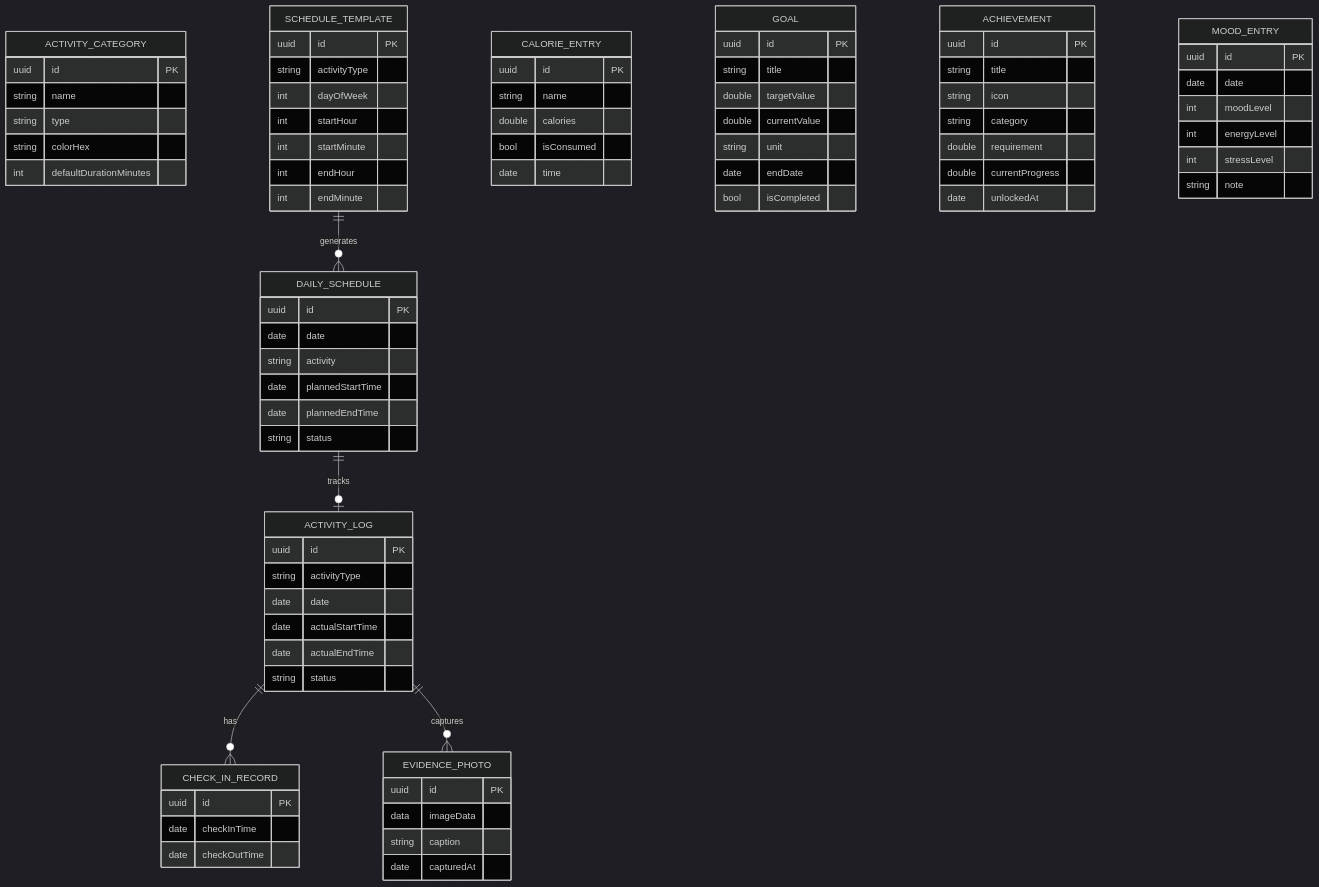
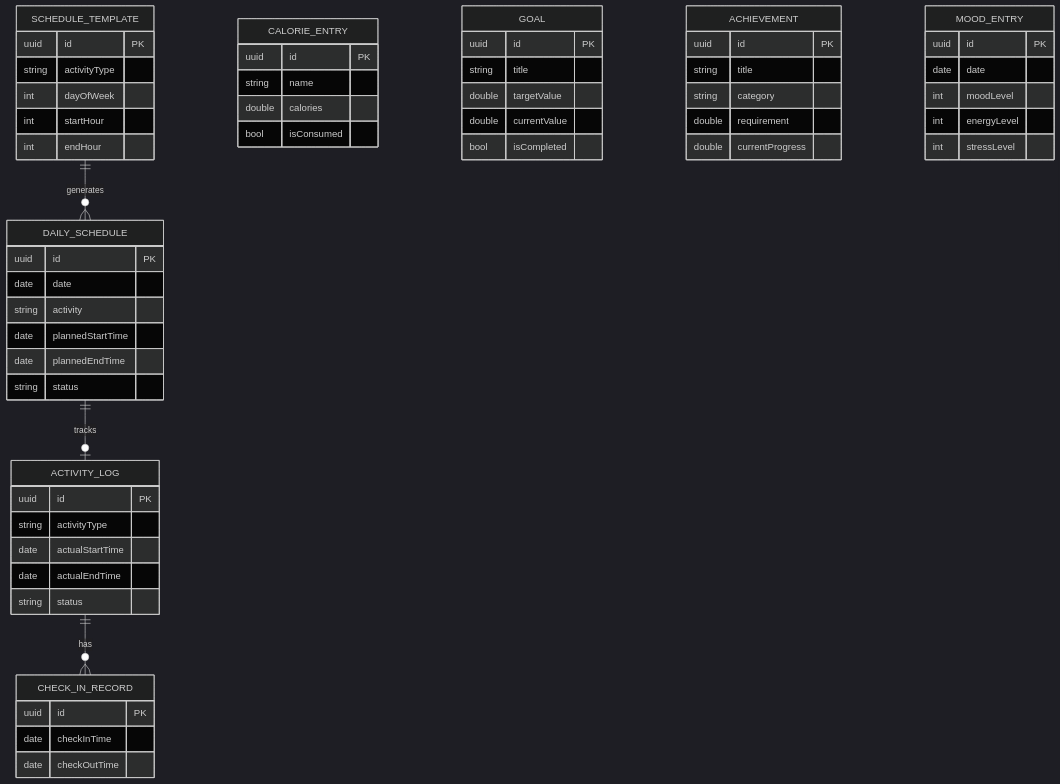
One commit to mrphuoctan/daily-routine changed the second of 3 diagrams in README.md. Above: the diagram before and after it, drawn with Mermaid (dark theme). The commit also changed other lines of this file, not shown here.

````diff
--- a/README.md
+++ b/README.md
@@ -136,20 +107,11 @@
 ```mermaid
 erDiagram
-    ACTIVITY_CATEGORY {
-        uuid id PK
-        string name
-        string type
-        string colorHex
-        int defaultDurationMinutes
-    }
     SCHEDULE_TEMPLATE {
         uuid id PK
         string activityType
         int dayOfWeek
         int startHour
-        int startMinute
         int endHour
-        int endMinute
     }
     DAILY_SCHEDULE {
         uuid id PK
@@ -162,7 +124,6 @@
     ACTIVITY_LOG {
         uuid id PK
         string activityType
-        date date
         date actualStartTime
         date actualEndTime
         string status
@@ -172,36 +133,25 @@
         date checkInTime
         date checkOutTime
     }
-    EVIDENCE_PHOTO {
-        uuid id PK
-        data imageData
-        string caption
-        date capturedAt
-    }
     CALORIE_ENTRY {
         uuid id PK
         string name
         double calories
         bool isConsumed
-        date time
     }
     GOAL {
         uuid id PK
         string title
         double targetValue
         double currentValue
-        string unit
-        date endDate
         bool isCompleted
     }
     ACHIEVEMENT {
         uuid id PK
         string title
-        string icon
         string category
         double requirement
         double currentProgress
-        date unlockedAt
     }
     MOOD_ENTRY {
         uuid id PK
@@ -209,10 +159,8 @@
         int moodLevel
         int energyLevel
         int stressLevel
-        string note
     }
     DAILY_SCHEDULE ||--o| ACTIVITY_LOG : "tracks"
     ACTIVITY_LOG ||--o{ CHECK_IN_RECORD : "has"
-    ACTIVITY_LOG ||--o{ EVIDENCE_PHOTO : "captures"
     SCHEDULE_TEMPLATE ||--o{ DAILY_SCHEDULE : "generates"
 ```
````
